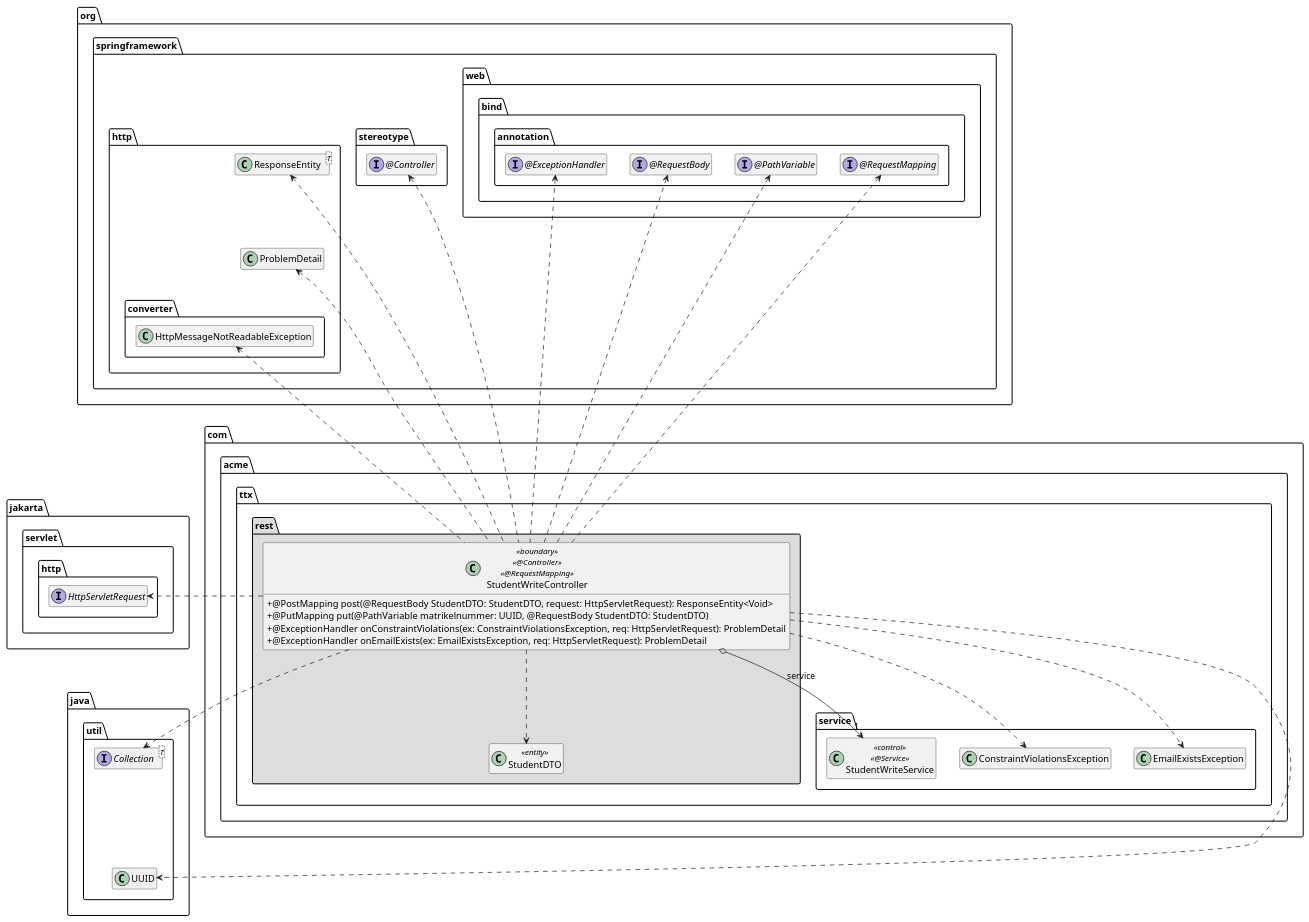
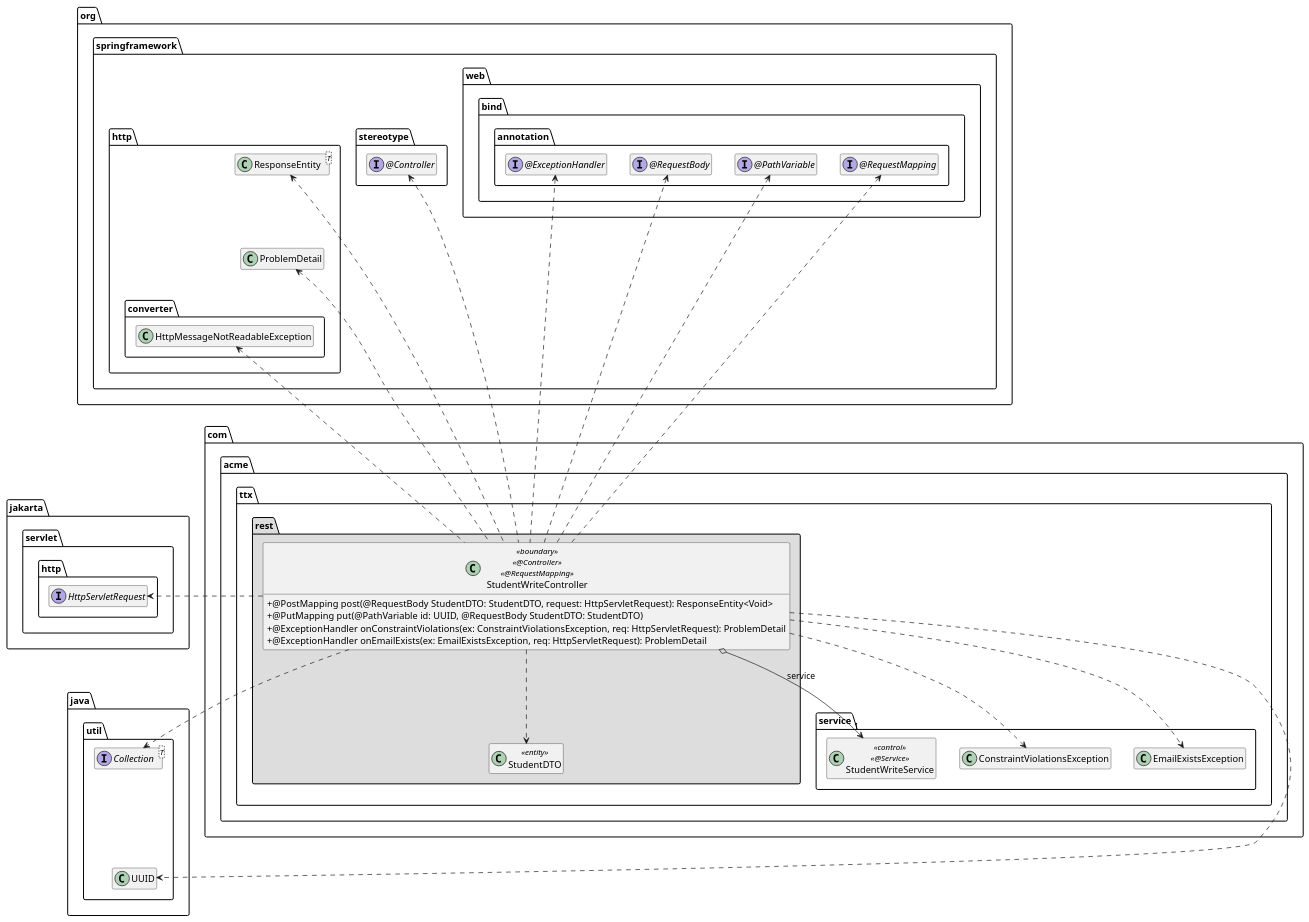
Before and after one commit to thanhxt/StudentServer: the diagram in extras/doc/StudentWriteController.puml, drawn with PlantUML. The commit also changed 9 other files, not shown here.

Commit message:
plantuml diagramms updated

```diff
--- a/extras/doc/StudentWriteController.puml
+++ b/extras/doc/StudentWriteController.puml
@@ -1,82 +1,82 @@
 @startuml StudentWriteController
 
 skinparam classAttributeIconSize 0
 
 package org.springframework {
 package stereotype {
         interface "@Controller" as Controller
     }
 
     package web.bind.annotation {
         interface "@RequestMapping" as RequestMapping
         interface "@PathVariable" as PathVariable
         interface "@RequestBody" as RequestBody
         interface "@ExceptionHandler" as ExceptionHandler
     }
 
     package http {
         class ResponseEntity<T>
         class ProblemDetail
 
         package converter {
             class HttpMessageNotReadableException
         }
 
         ResponseEntity .[hidden].> ProblemDetail
         ProblemDetail .[hidden].> HttpMessageNotReadableException
     }
 }
 
 package jakarta.servlet.http {
     interface HttpServletRequest
 }
 
 package java.util {
     interface Collection<T>
     class UUID
 
     UUID .up[hidden].> Collection
     Collection .up[hidden].> HttpServletRequest
 }
 
 package com.acme.ttx {
     package service {
         class StudentWriteService << control >> << @Service >>
 
         class ConstraintViolationsException
         class EmailExistsException
     }
 
     package rest #DDDDDD {
         class StudentDTO <<entity>>
 
         class StudentWriteController << boundary >> << @Controller >> << @RequestMapping >> {
             + @PostMapping post(@RequestBody StudentDTO: StudentDTO, request: HttpServletRequest): ResponseEntity<Void>
-            + @PutMapping put(@PathVariable matrikelnummer: UUID, @RequestBody StudentDTO: StudentDTO)
+            + @PutMapping put(@PathVariable id: UUID, @RequestBody StudentDTO: StudentDTO)
             + @ExceptionHandler onConstraintViolations(ex: ConstraintViolationsException, req: HttpServletRequest): ProblemDetail
             + @ExceptionHandler onEmailExists(ex: EmailExistsException, req: HttpServletRequest): ProblemDetail
         }
 
         StudentWriteController o-down-> "1" StudentWriteService : service
         StudentWriteController ..> StudentDTO
         StudentWriteController ..> ConstraintViolationsException
         StudentWriteController ..> EmailExistsException
 
         StudentWriteController .up.> ResponseEntity
         StudentWriteController .up.> ProblemDetail
         StudentWriteController .up.> HttpMessageNotReadableException
         StudentWriteController .right.> HttpServletRequest
 
         StudentWriteController .up.> Controller
         StudentWriteController .up.> RequestMapping
         StudentWriteController .up.> PathVariable
         StudentWriteController .up.> RequestBody
         StudentWriteController .up.> ExceptionHandler
 
         StudentWriteController .right.> UUID
         StudentWriteController .right.> Collection
     }
 }
 
 hide empty members
 @enduml
```
